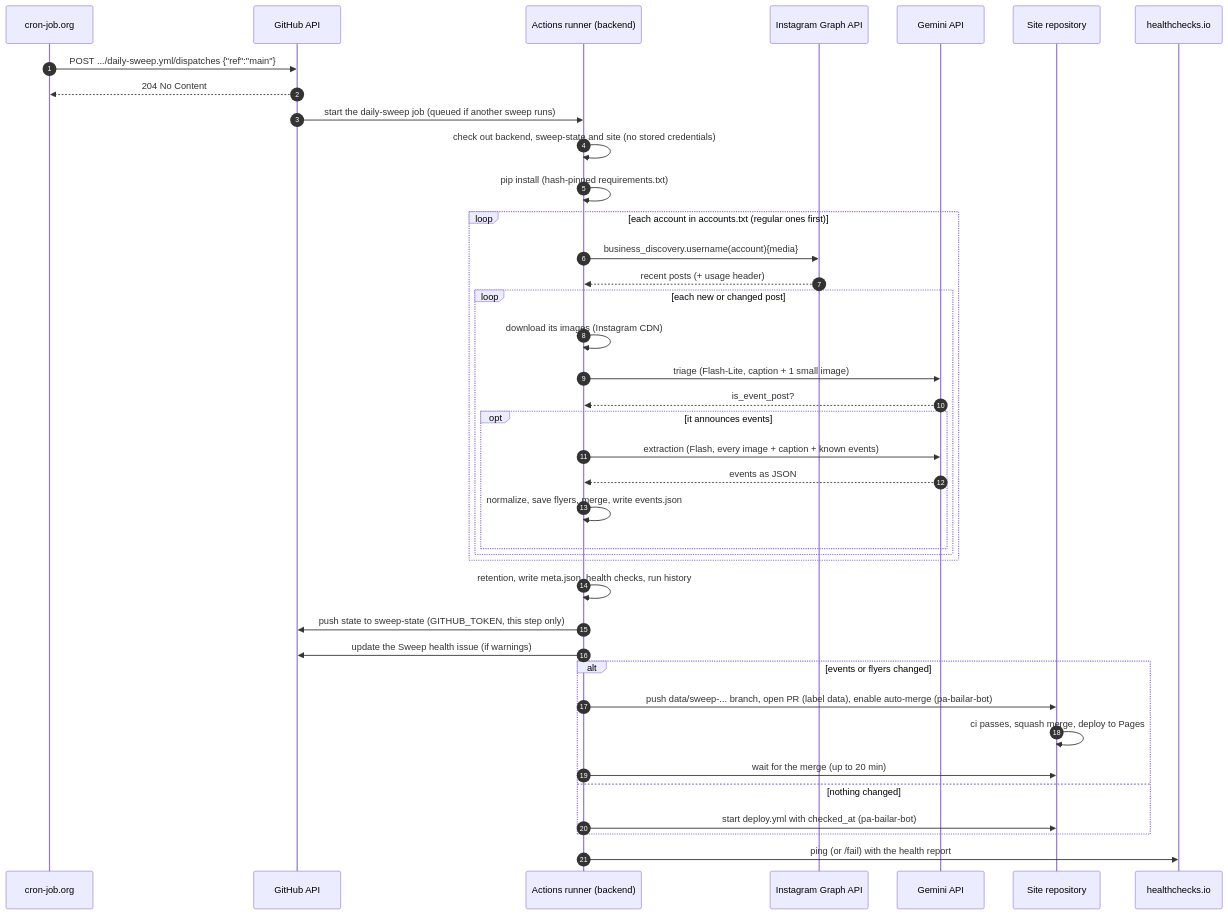
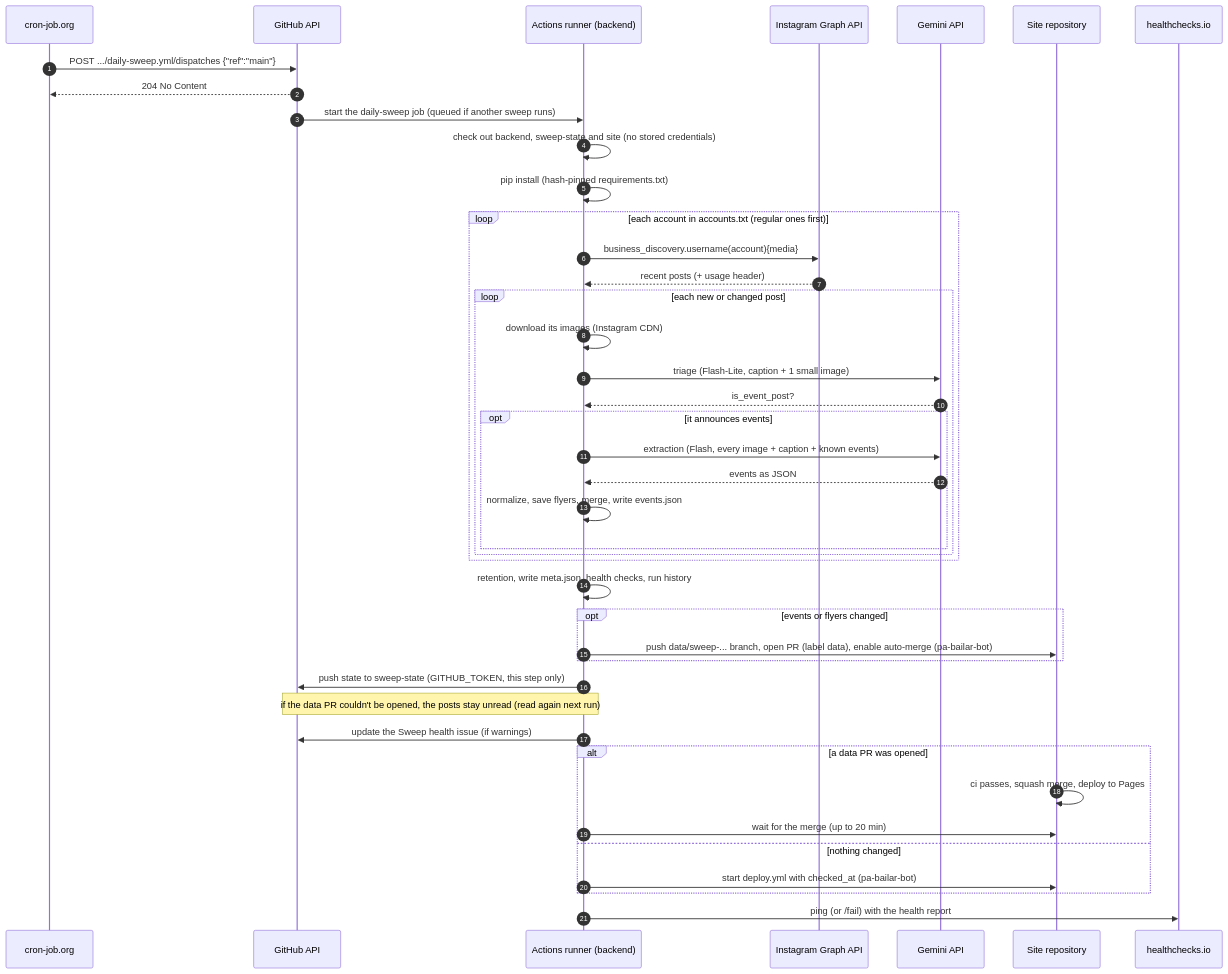
The second of 12 diagrams in docs/ARCHITECTURE.md (pa-bailar/backend), drawn with Mermaid before and after one commit. The commit also changed other lines of this file and 1 other file, not shown here.

Commit message:
docs: cross-account merging, day ranges, Gemini timeouts, triage quota, the state save after the data PR

````diff
--- a/docs/ARCHITECTURE.md
+++ b/docs/ARCHITECTURE.md
@@ -251,42 +251,45 @@
 ```mermaid
 sequenceDiagram
     autonumber
     participant CJ as cron-job.org
     participant GH as GitHub API
     participant R as Actions runner (backend)
     participant IG as Instagram Graph API
     participant G as Gemini API
     participant S as Site repository
     participant HC as healthchecks.io
 
     CJ->>GH: POST .../daily-sweep.yml/dispatches {"ref":"main"}
     GH-->>CJ: 204 No Content
     GH->>R: start the daily-sweep job (queued if another sweep runs)
     R->>R: check out backend, sweep-state and site (no stored credentials)
     R->>R: pip install (hash-pinned requirements.txt)
     loop each account in accounts.txt (regular ones first)
         R->>IG: business_discovery.username(account){media}
         IG-->>R: recent posts (+ usage header)
         loop each new or changed post
             R->>R: download its images (Instagram CDN)
             R->>G: triage (Flash-Lite, caption + 1 small image)
             G-->>R: is_event_post?
             opt it announces events
                 R->>G: extraction (Flash, every image + caption + known events)
                 G-->>R: events as JSON
                 R->>R: normalize, save flyers, merge, write events.json
             end
         end
     end
     R->>R: retention, write meta.json, health checks, run history
+    opt events or flyers changed
+        R->>S: push data/sweep-... branch, open PR (label data), enable auto-merge (pa-bailar-bot)
+    end
     R->>GH: push state to sweep-state (GITHUB_TOKEN, this step only)
+    Note over R,GH: if the data PR couldn't be opened, the posts stay unread (read again next run)
     R->>GH: update the Sweep health issue (if warnings)
-    alt events or flyers changed
-        R->>S: push data/sweep-... branch, open PR (label data), enable auto-merge (pa-bailar-bot)
+    alt a data PR was opened
         S->>S: ci passes, squash merge, deploy to Pages
         R->>S: wait for the merge (up to 20 min)
     else nothing changed
         R->>S: start deploy.yml with checked_at (pa-bailar-bot)
     end
     R->>HC: ping (or /fail) with the health report
 ```
````
